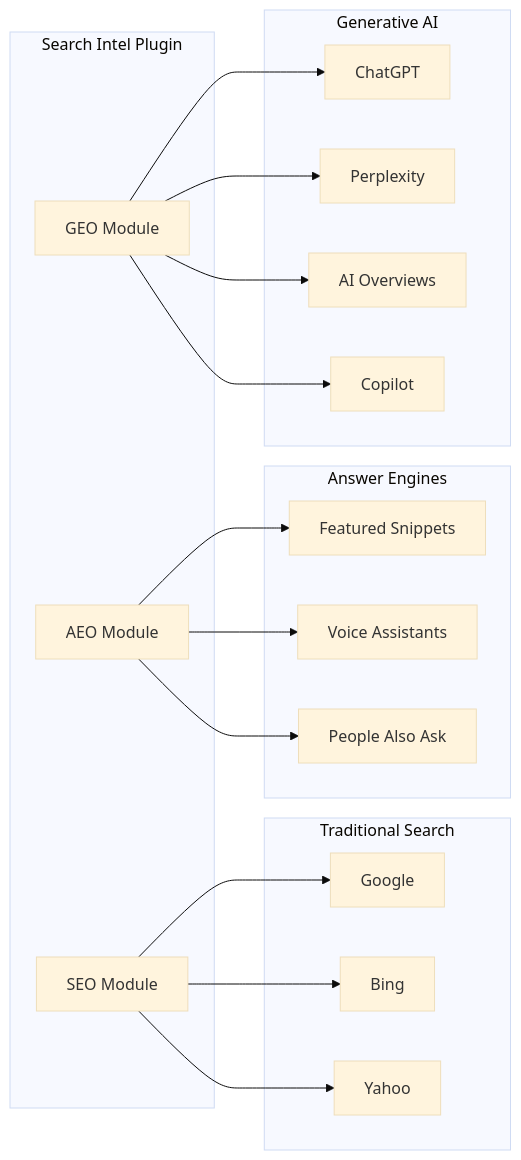
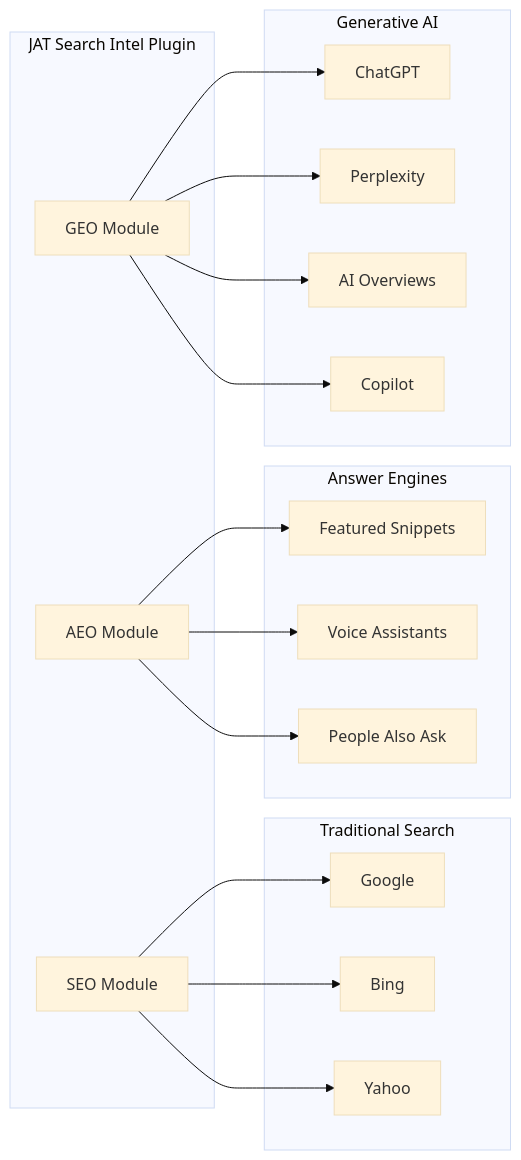
Before and after one commit to CptNope/JAT-Search-Intel: the first of 14 diagrams in README.md, drawn with Mermaid (base theme). The commit also changed other lines of this file and 159 other files, not shown here.

First line of the commit message:
Rename every identifier to jat-search-intel / jat_search_intel / JAT_Search_Intel

````diff
--- a/README.md
+++ b/README.md
@@ -52,38 +52,38 @@
 ```mermaid
 graph LR
-    subgraph "Search Intel Plugin"
+    subgraph "JAT Search Intel Plugin"
         SEO["SEO Module"]
         AEO["AEO Module"]
         GEO["GEO Module"]
     end
 
     subgraph "Traditional Search"
         G["Google"]
         B["Bing"]
         Y["Yahoo"]
     end
 
     subgraph "Answer Engines"
         FS["Featured Snippets"]
         VA["Voice Assistants"]
         PAA["People Also Ask"]
     end
 
     subgraph "Generative AI"
         GPT["ChatGPT"]
         PER["Perplexity"]
         AIO["AI Overviews"]
         COP["Copilot"]
     end
 
     SEO --> G
     SEO --> B
     SEO --> Y
     AEO --> FS
     AEO --> VA
     AEO --> PAA
     GEO --> GPT
     GEO --> PER
     GEO --> AIO
     GEO --> COP
 ```
````
